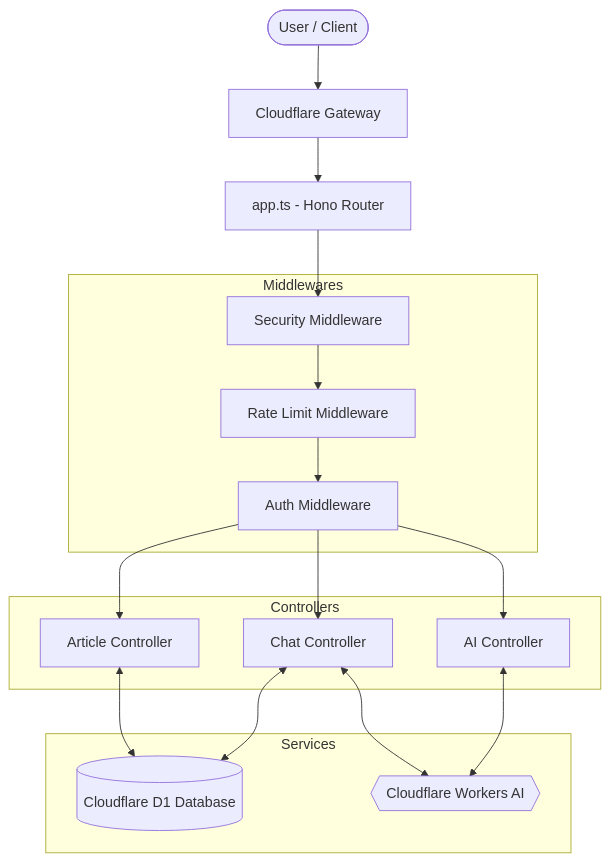
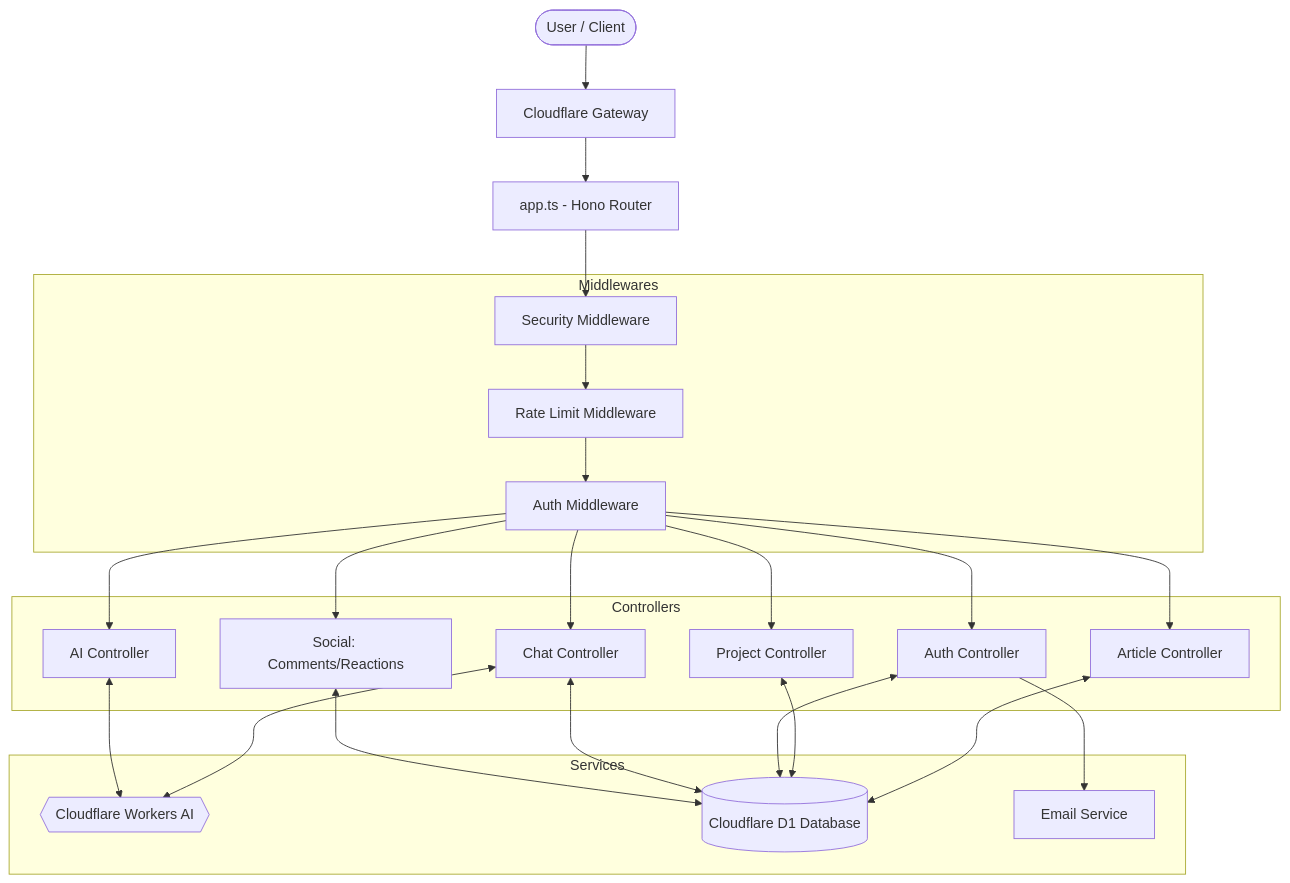
Before and after one commit to pphatdev/api.pphat.me: the diagram in README.md, drawn with Mermaid. The commit also changed 1 other file, not shown here.

Commit message:
docs: update architecture diagram and add comprehensive system documentation

````diff
--- a/README.md
+++ b/README.md
@@ -58,37 +58,48 @@
 ```mermaid
 graph TD
     User([User / Client])
     Gateway[Cloudflare Gateway]
     Entry[app.ts - Hono Router]
     
     subgraph Middlewares
         Auth[Auth Middleware]
         Rate[Rate Limit Middleware]
         Sec[Security Middleware]
     end
 
     subgraph Controllers
         ArtC[Article Controller]
+        ProjC[Project Controller]
+        AuthC[Auth Controller]
         ChatC[Chat Controller]
         AiC[AI Controller]
+        SocialC[Social: Comments/Reactions]
     end
 
     subgraph Services
         AI{{Cloudflare Workers AI}}
         D1[(Cloudflare D1 Database)]
+        Email[Email Service]
     end
 
     User --> Gateway
     Gateway --> Entry
     Entry --> Sec
     Sec --> Rate
     Rate --> Auth
     Auth --> ArtC
+    Auth --> ProjC
+    Auth --> AuthC
     Auth --> ChatC
     Auth --> AiC
+    Auth --> SocialC
 
     ArtC <--> D1
+    ProjC <--> D1
+    AuthC <--> D1
+    AuthC --> Email
     ChatC <--> D1
     ChatC <--> AI
     AiC <--> AI
+    SocialC <--> D1
 ```
````
